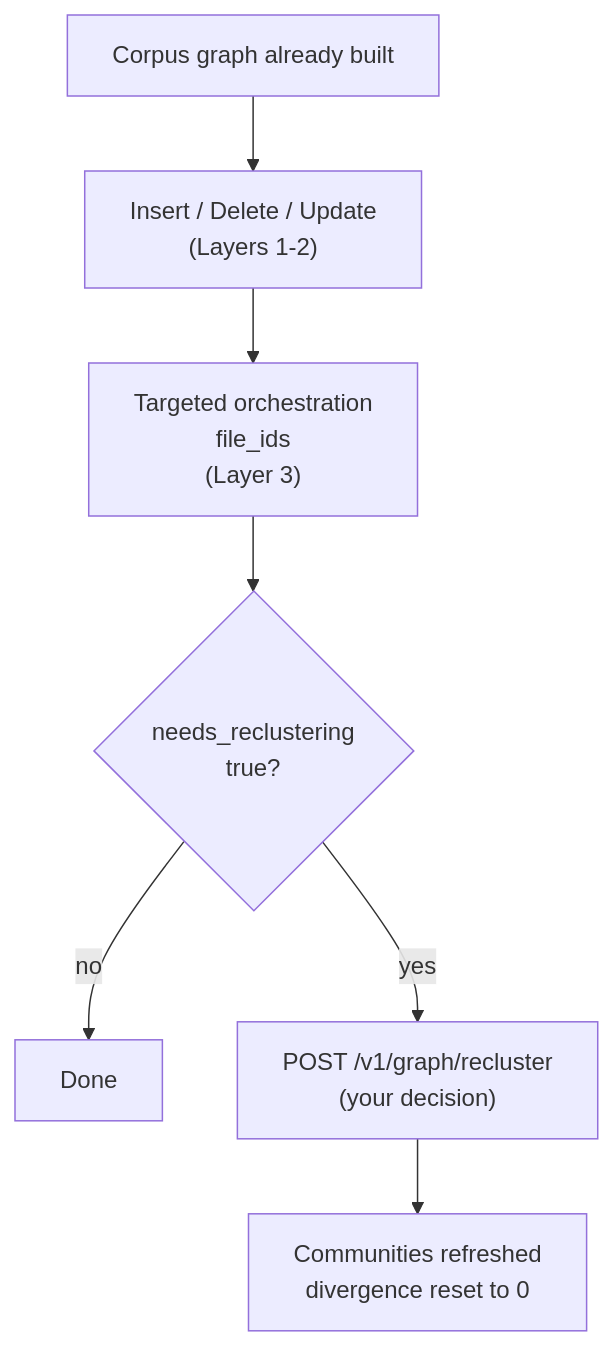
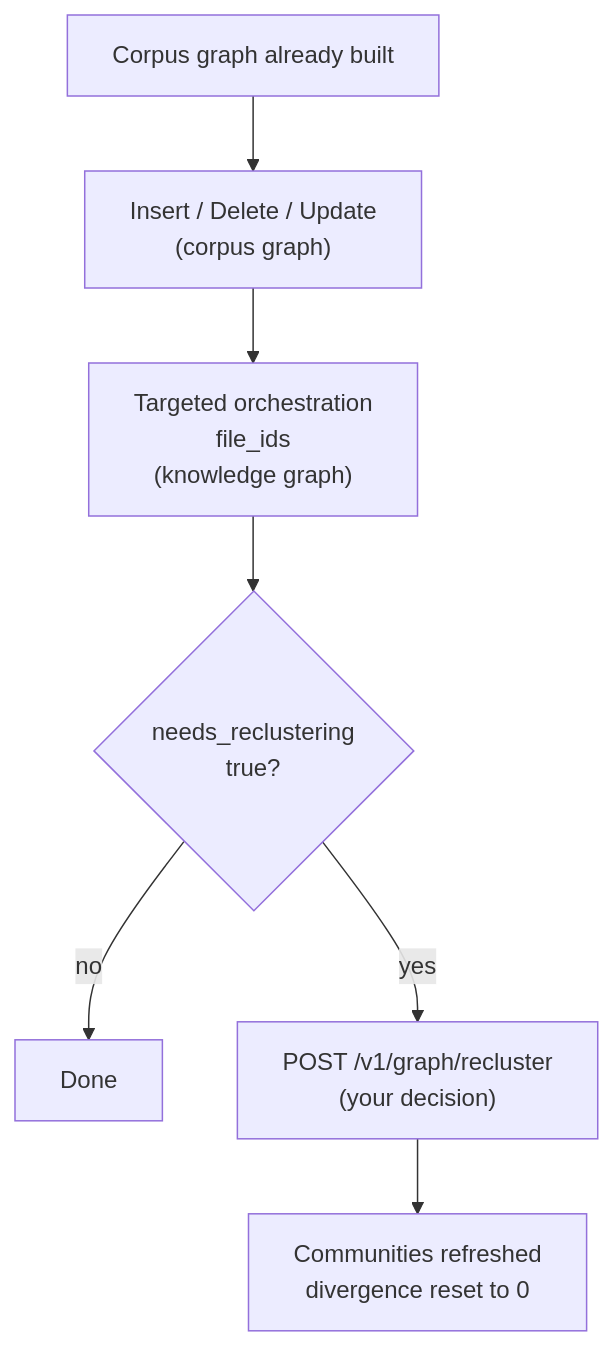
One commit to arangodb/docs-hugo changed the diagram in site/content/agentic-ai-suite/autograph/incremental-graph-updates.md. Above: the diagram before and after it, drawn with Mermaid. The commit also changed other lines of this file and 7 other files, not shown here.

````diff
--- a/site/content/agentic-ai-suite/autograph/incremental-graph-updates.md
+++ b/site/content/agentic-ai-suite/autograph/incremental-graph-updates.md
@@ -152,9 +199,9 @@
 ```mermaid
 flowchart TD
-  A["Corpus graph already built"] --> B["Insert / Delete / Update\n(Layers 1-2)"]
-  B --> C["Targeted orchestration\nfile_ids\n(Layer 3)"]
+  A["Corpus graph already built"] --> B["Insert / Delete / Update\n(corpus graph)"]
+  B --> C["Targeted orchestration\nfile_ids\n(knowledge graph)"]
   C --> D{"needs_reclustering\ntrue?"}
   D -->|no| E["Done"]
   D -->|yes| F["POST /v1/graph/recluster\n(your decision)"]
   F --> G["Communities refreshed\ndivergence reset to 0"]
 ```
````
